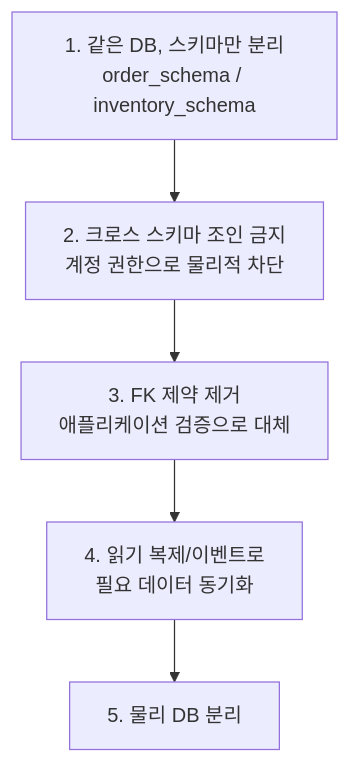
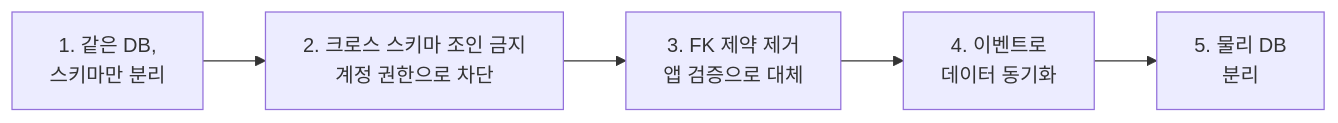
One commit to ktae23/TIL changed the fourth of 5 diagrams in MSA/17-modular-monolith-to-msa.md. Above: the diagram before and after it, drawn with Mermaid. The commit also changed other lines of this file and 13 other files, not shown here.

````diff
--- a/MSA/17-modular-monolith-to-msa.md
+++ b/MSA/17-modular-monolith-to-msa.md
@@ -271,9 +237,4 @@
 ```mermaid
-flowchart TB
-    D1["1. 같은 DB, 스키마만 분리<br/>order_schema / inventory_schema"]
-    D2["2. 크로스 스키마 조인 금지<br/>계정 권한으로 물리적 차단"]
-    D3["3. FK 제약 제거<br/>애플리케이션 검증으로 대체"]
-    D4["4. 읽기 복제/이벤트로<br/>필요 데이터 동기화"]
-    D5["5. 물리 DB 분리"]
-    D1 --> D2 --> D3 --> D4 --> D5
+flowchart LR
+    D1["1. 같은 DB,<br/>스키마만 분리"] --> D2["2. 크로스 스키마 조인 금지<br/>계정 권한으로 차단"] --> D3["3. FK 제약 제거<br/>앱 검증으로 대체"] --> D4["4. 이벤트로<br/>데이터 동기화"] --> D5["5. 물리 DB<br/>분리"]
 ```
````
